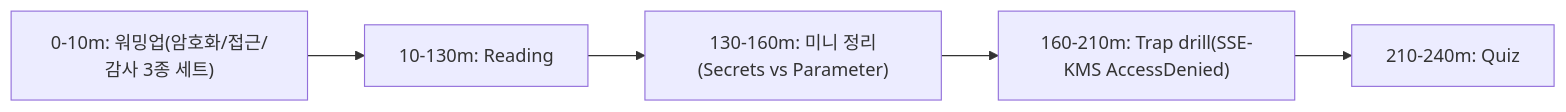
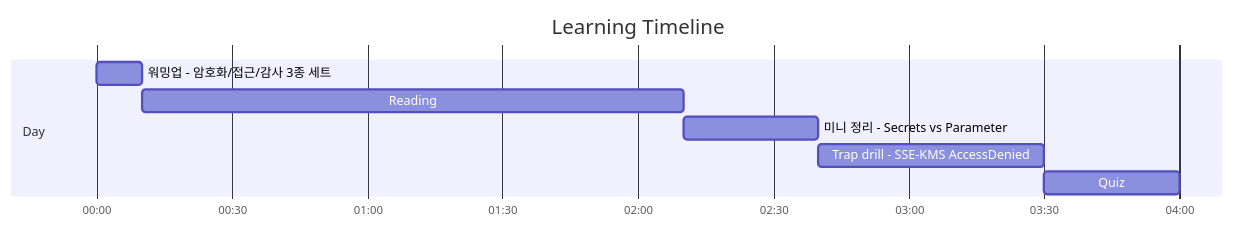
One commit to niceguy61/aws-saa-lecture-2026 changed the first of 2 diagrams in aws-saa/week01/day02/README.md. Above: the diagram before and after it, drawn with Mermaid. The commit also changed 21 other files, not shown here.

Commit message:
docs(aws-saa): use mermaid gantt for learning timelines

````diff
--- a/aws-saa/week01/day02/README.md
+++ b/aws-saa/week01/day02/README.md
@@ -24,7 +24,12 @@
 ```mermaid
-flowchart LR
-  A["0-10m: 워밍업(암호화/접근/감사 3종 세트)"] --> B["10-130m: Reading"]
-  B --> C["130-160m: 미니 정리(Secrets vs Parameter)"]
-  C --> D["160-210m: Trap drill(SSE-KMS AccessDenied)"]
-  D --> E["210-240m: Quiz"]
+gantt
+  title Learning Timeline
+  dateFormat  HH:mm
+  axisFormat  %H:%M
+  section Day
+  워밍업 - 암호화/접근/감사 3종 세트 :t1, 00:00, 10m
+  Reading :t2, after t1, 120m
+  미니 정리 - Secrets vs Parameter :t3, after t2, 30m
+  Trap drill - SSE-KMS AccessDenied :t4, after t3, 50m
+  Quiz :t5, after t4, 30m
 ```
````
